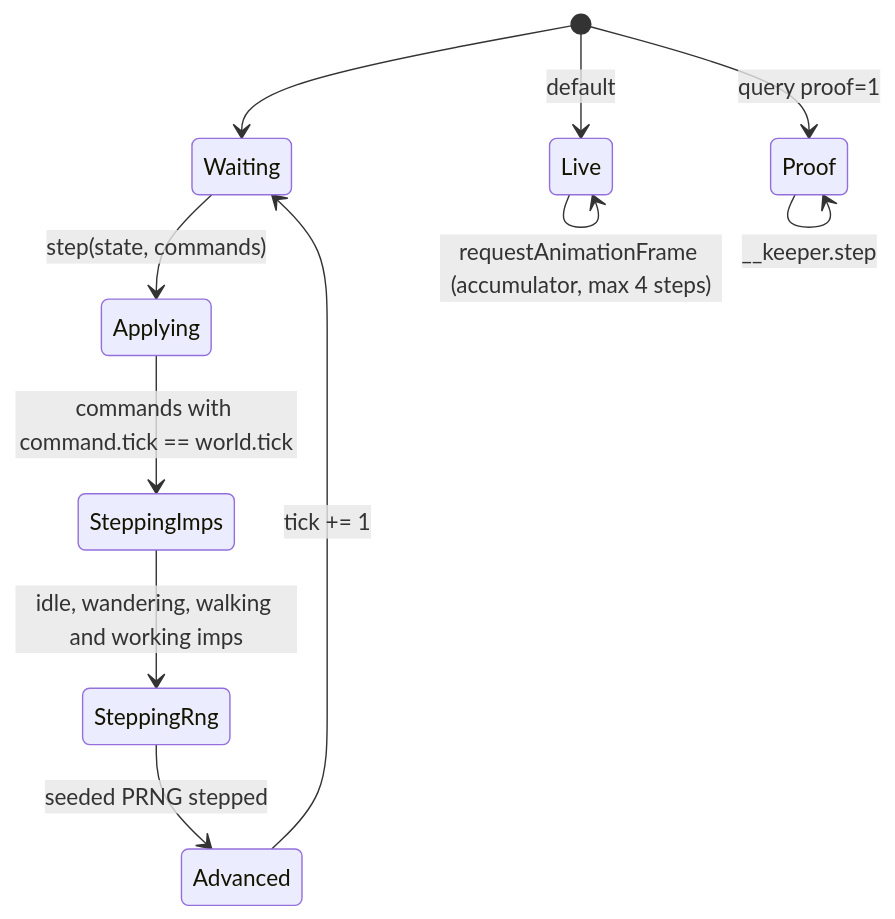
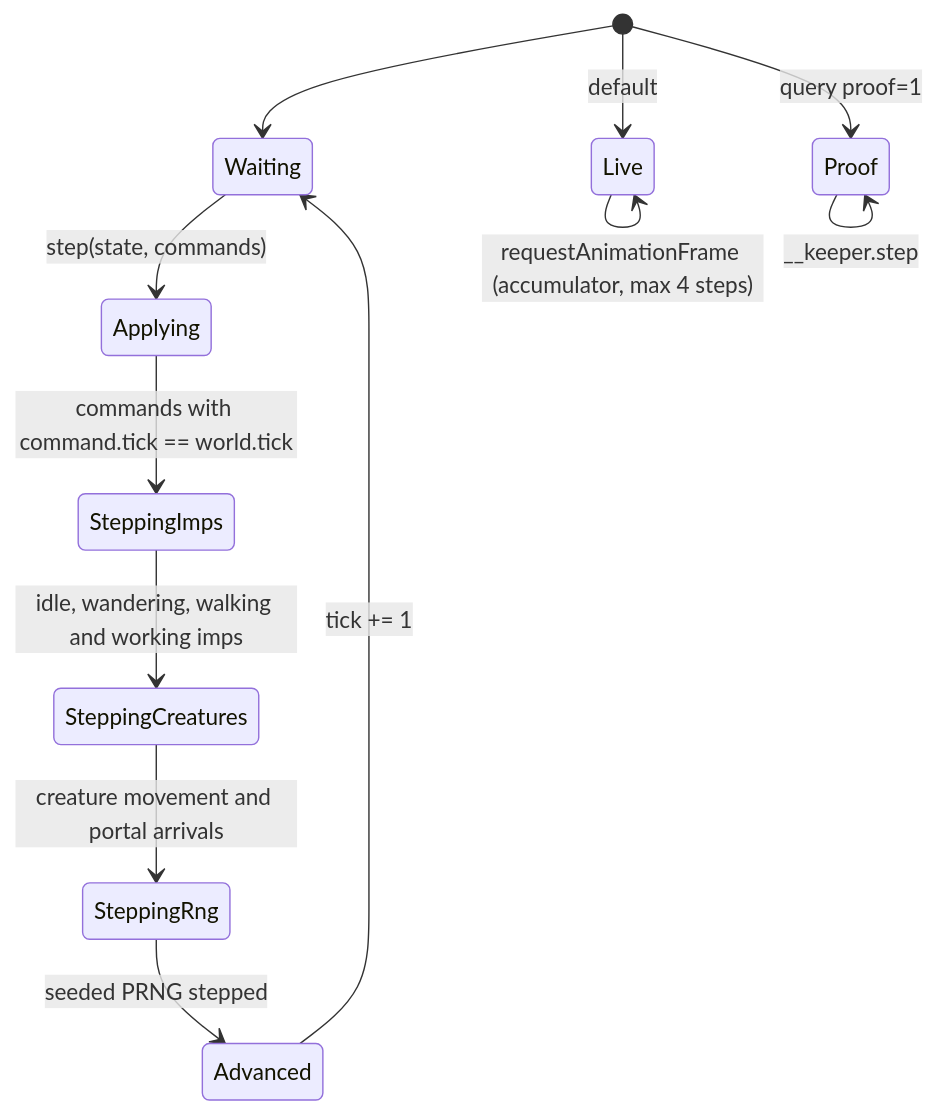
The seventh of 7 diagrams in docs/design.md (jmporchet/keeper), drawn with Mermaid before and after one commit. The commit also changed other lines of this file and 34 other files, not shown here.

````diff
--- a/docs/design.md
+++ b/docs/design.md
@@ -195,13 +212,14 @@
 ```mermaid
 stateDiagram-v2
     [*] --> Waiting
     Waiting --> Applying: step(state, commands)
     Applying --> SteppingImps: commands with command.tick == world.tick
-    SteppingImps --> SteppingRng: idle, wandering, walking and working imps
+    SteppingImps --> SteppingCreatures: idle, wandering, walking and working imps
+    SteppingCreatures --> SteppingRng: creature movement and portal arrivals
     SteppingRng --> Advanced: seeded PRNG stepped
     Advanced --> Waiting: tick += 1
     [*] --> Live: default
     [*] --> Proof: query proof=1
     Live --> Live: requestAnimationFrame (accumulator, max 4 steps)
     Proof --> Proof: __keeper.step
 ```
````
